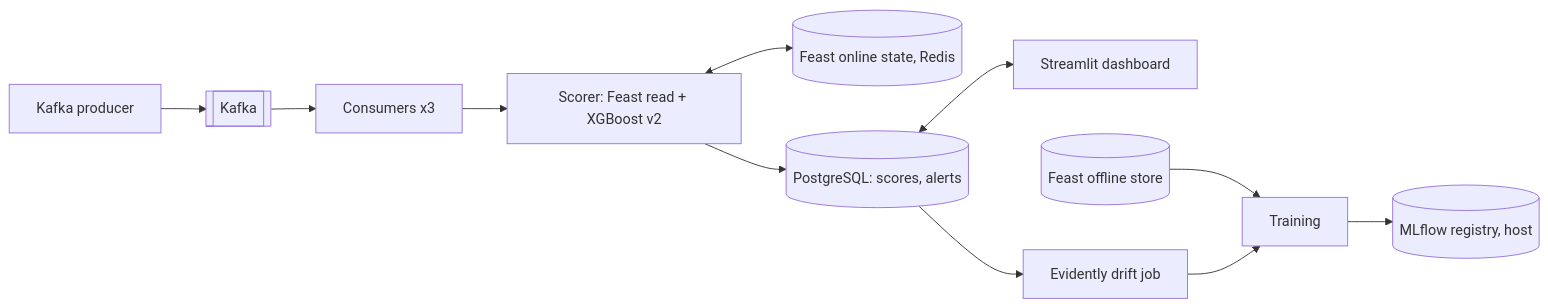
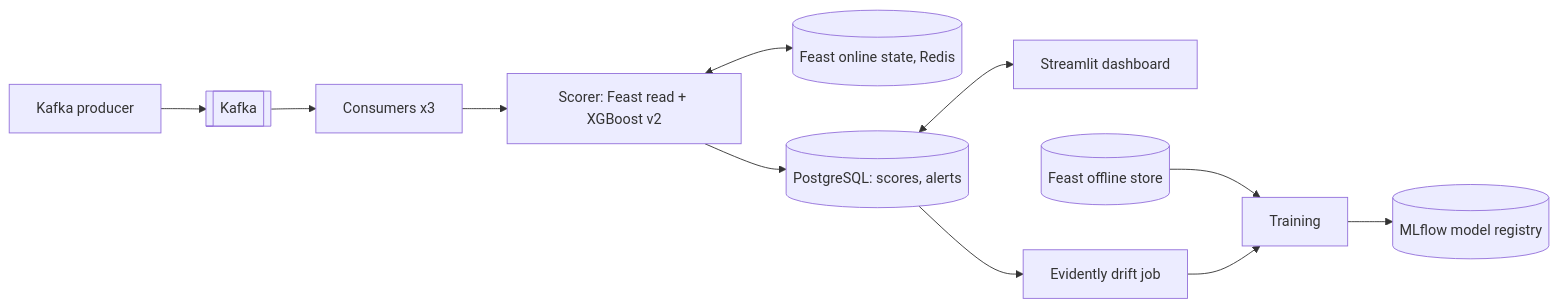
Before and after one commit to manojkumargudge/real-time-fraud-detection-platform: the diagram in README.md, drawn with Mermaid. The commit also changed other lines of this file and 3 other files, not shown here.

````diff
--- a/README.md
+++ b/README.md
@@ -44,8 +45,8 @@
 ```mermaid
 flowchart LR
   P[Kafka producer] --> K[[Kafka]] --> C[Consumers x3] --> S[Scorer: Feast read + XGBoost v2]
   S <--> R[(Feast online state, Redis)]
   S --> PG[(PostgreSQL: scores, alerts)] <--> D[Streamlit dashboard]
-  O[(Feast offline store)] --> T[Training] --> M[(MLflow registry, host)]
+  O[(Feast offline store)] --> T[Training] --> M[(MLflow model registry)]
   PG --> DR[Evidently drift job] --> T
 ```
````
